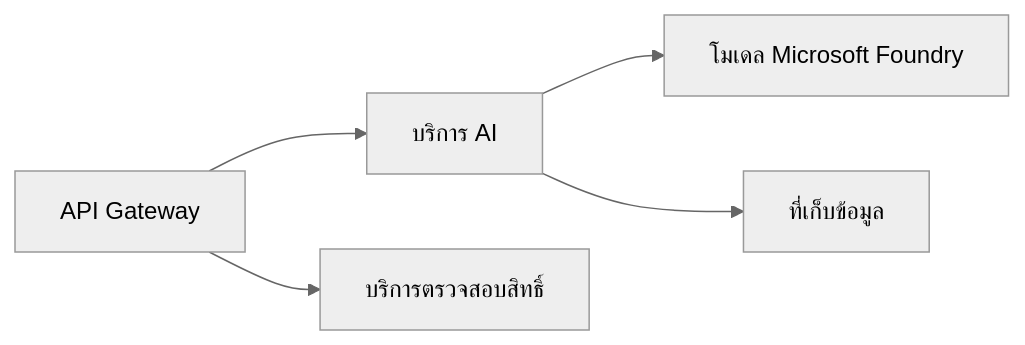
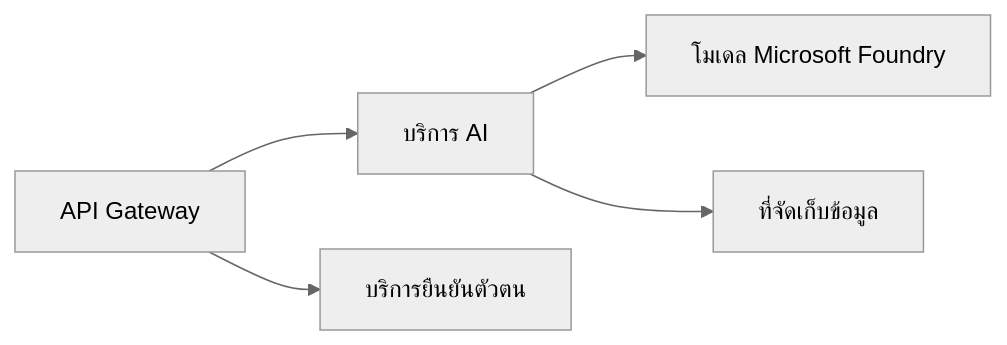
Before and after one commit to microsoft/AZD-for-beginners: the first of 2 diagrams in translations/th/docs/chapter-08-production/README.md, drawn with Mermaid (neutral theme). The commit also changed other lines of this file and 104 other files, not shown here.

````diff
--- a/translations/th/docs/chapter-08-production/README.md
+++ b/translations/th/docs/chapter-08-production/README.md
@@ -48,6 +48,6 @@
 ```mermaid
 graph LR
     Gateway[API Gateway] --> AI[บริการ AI] --> Models[โมเดล Microsoft Foundry]
-    Gateway --> Auth[บริการตรวจสอบสิทธิ์]
-    AI --> Data[ที่เก็บข้อมูล]
+    Gateway --> Auth[บริการยืนยันตัวตน]
+    AI --> Data[ที่จัดเก็บข้อมูล]
 ```
````
